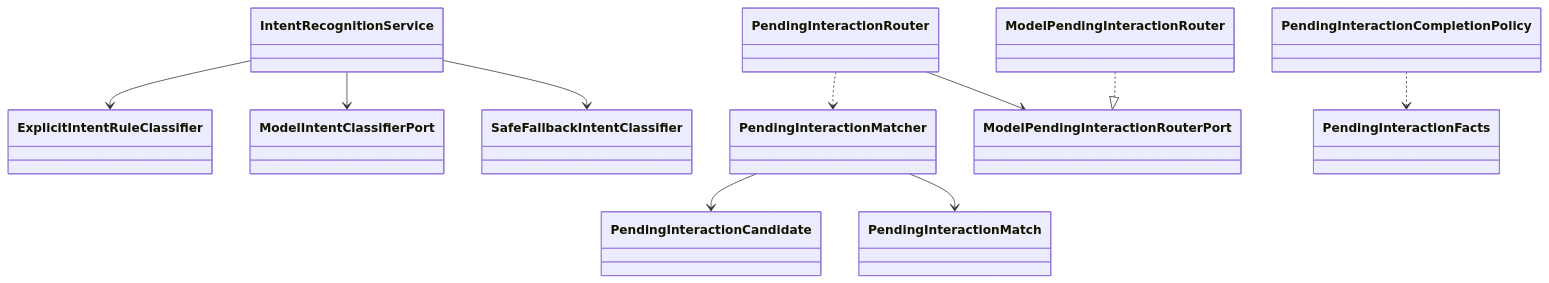
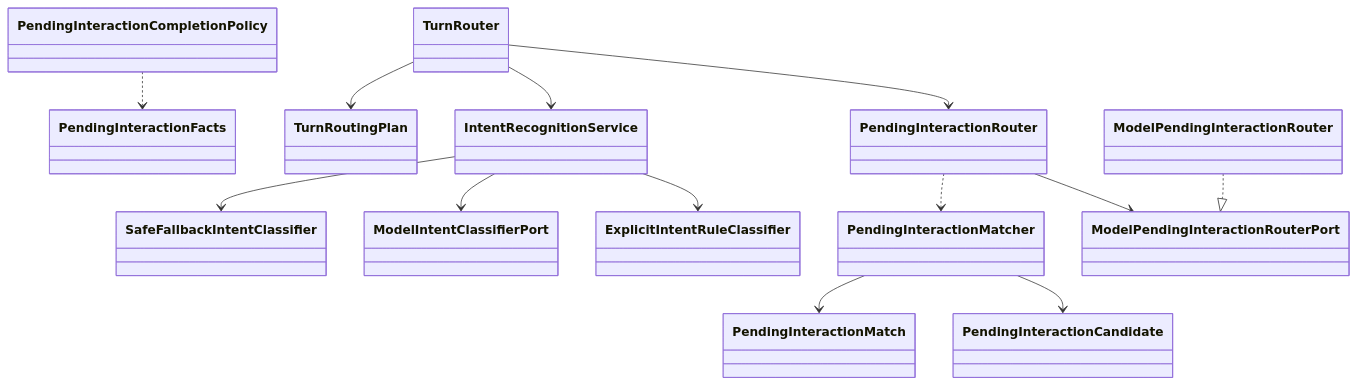
One commit to funjson/meta-agent changed the diagram in backend/src/main/java/com/funjson/metaagent/intent/README.md. Above: the diagram before and after it, drawn with Mermaid. The commit also changed other lines of this file and 120 other files, not shown here.

````diff
--- a/backend/src/main/java/com/funjson/metaagent/intent/README.md
+++ b/backend/src/main/java/com/funjson/metaagent/intent/README.md
@@ -14,12 +14,15 @@
 ```mermaid
 classDiagram
   IntentRecognitionService --> ExplicitIntentRuleClassifier
   IntentRecognitionService --> ModelIntentClassifierPort
   IntentRecognitionService --> SafeFallbackIntentClassifier
   PendingInteractionMatcher --> PendingInteractionCandidate
   PendingInteractionMatcher --> PendingInteractionMatch
   PendingInteractionRouter --> ModelPendingInteractionRouterPort
   PendingInteractionRouter ..> PendingInteractionMatcher
   PendingInteractionCompletionPolicy ..> PendingInteractionFacts
+  TurnRouter --> PendingInteractionRouter
+  TurnRouter --> IntentRecognitionService
+  TurnRouter --> TurnRoutingPlan
   ModelPendingInteractionRouter ..|> ModelPendingInteractionRouterPort
 ```
````
